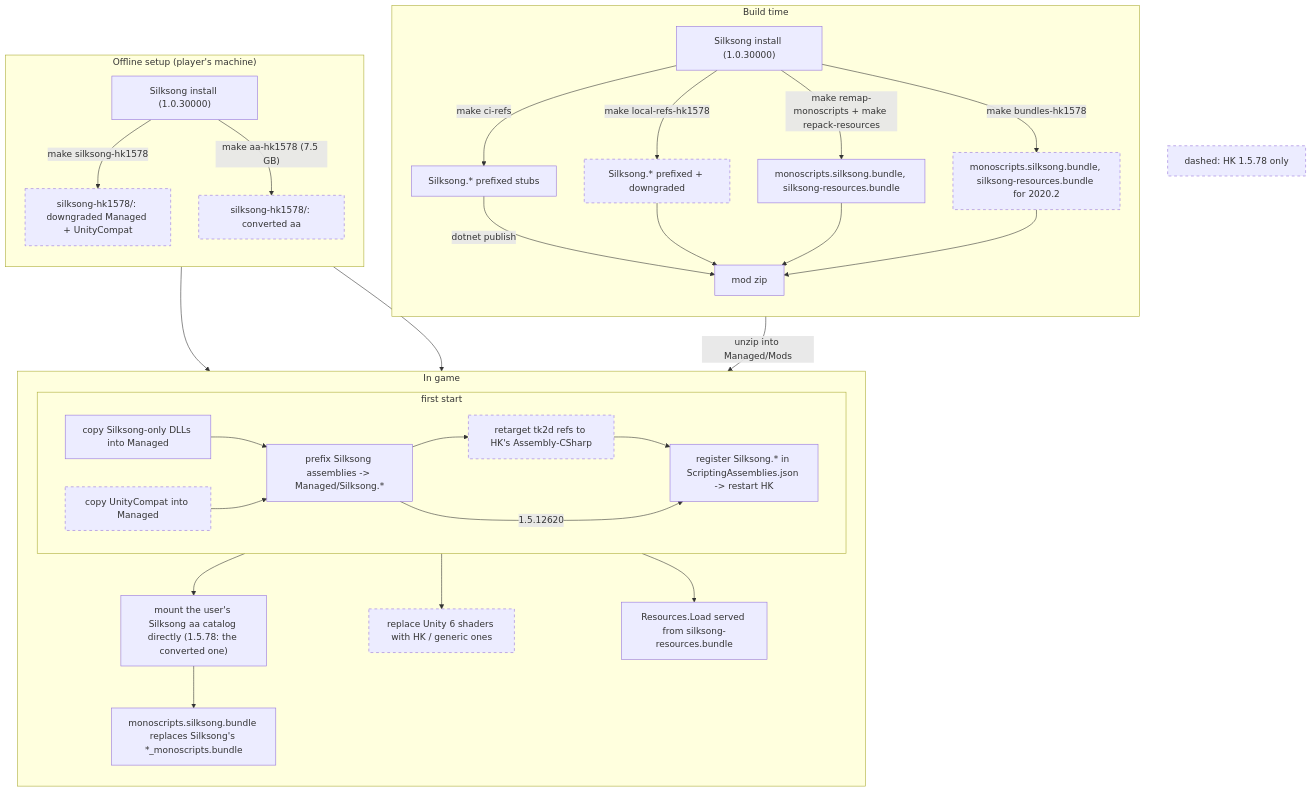
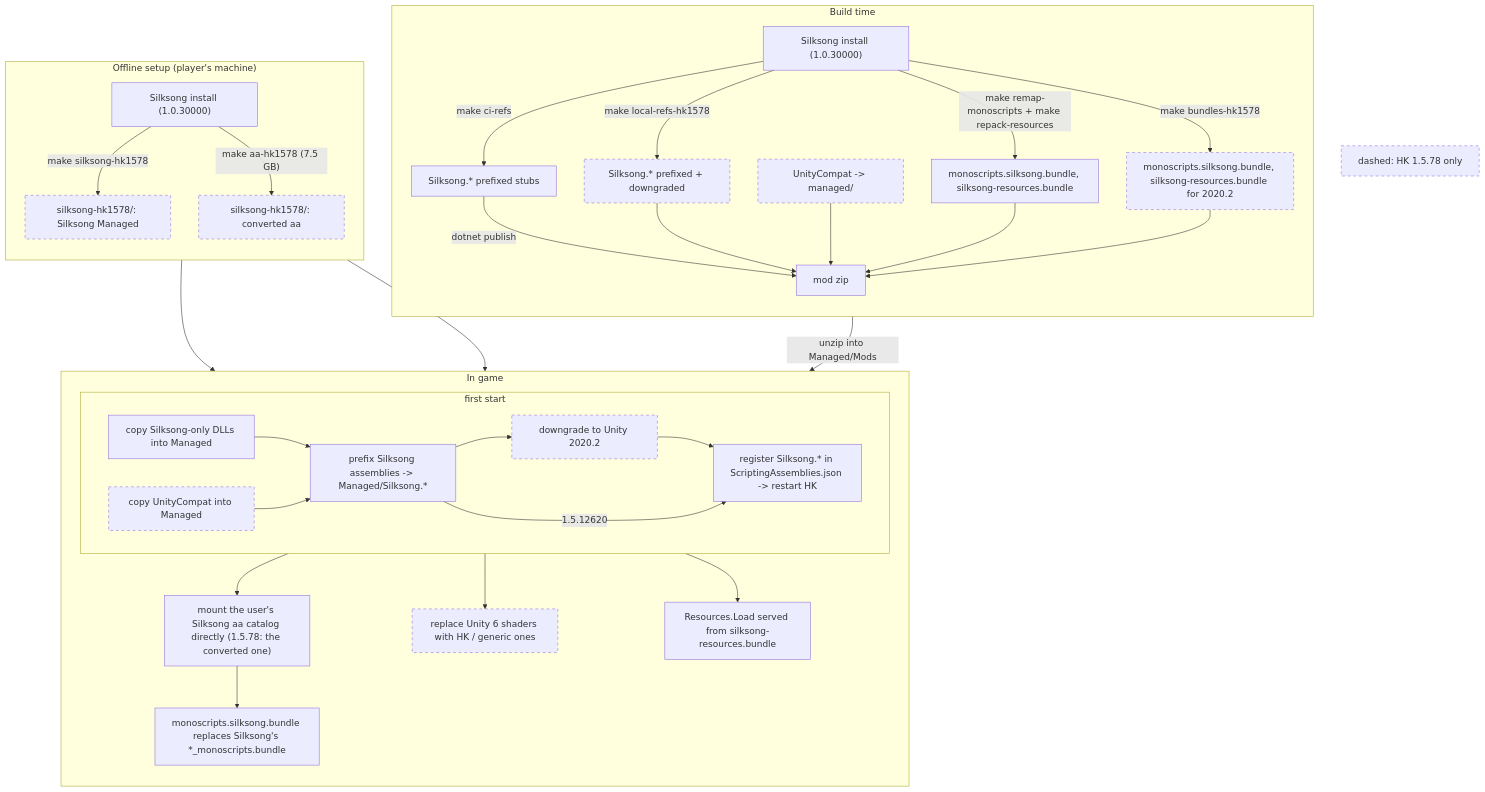
One commit to jakobhellermann/hkmod-HornetInHallownest changed the diagram in docs/asset-pipeline.mmd. Above: the diagram before and after it, drawn with Mermaid. The commit also changed 18 other files, not shown here.

Commit message:
Downgrade Silksong assemblies in game instead of offline

```diff
--- a/docs/asset-pipeline.mmd
+++ b/docs/asset-pipeline.mmd
@@ -1,41 +1,42 @@
 flowchart TB
     subgraph Dev["Build time"]
         direction TB
         B1["Silksong install (1.0.30000)"] -->|"make ci-refs"| B2b["Silksong.* prefixed stubs"]
         B1 -->|"make local-refs-hk1578"| B2h["Silksong.* prefixed + downgraded"]:::hk1578
         B1 -->|"make remap-monoscripts + make repack-resources"| B2c["monoscripts.silksong.bundle, silksong-resources.bundle"]
         B1 -->|"make bundles-hk1578"| B2ch["monoscripts.silksong.bundle, silksong-resources.bundle for 2020.2"]:::hk1578
         B2b -->|"dotnet publish"| B3["mod zip"]
         B2h --> B3
+        B2s["UnityCompat -> managed/"]:::hk1578 --> B3
         B2c --> B3
         B2ch --> B3
     end
     subgraph Setup["Offline setup (player's machine)"]
         direction TB
-        S1["Silksong install (1.0.30000)"] -->|"make silksong-hk1578"| S2["silksong-hk1578/: downgraded Managed + UnityCompat"]:::hk1578
+        S1["Silksong install (1.0.30000)"] -->|"make silksong-hk1578"| S2["silksong-hk1578/: Silksong Managed"]:::hk1578
         S1 -->|"make aa-hk1578 (7.5 GB)"| S3["silksong-hk1578/: converted aa"]:::hk1578
     end
     subgraph RT["In game"]
         direction TB
         subgraph First["first start"]
             R5["copy Silksong-only DLLs into Managed"] --> R6["prefix Silksong assemblies -> Managed/Silksong.*"]
             R5b["copy UnityCompat into Managed"]:::hk1578 --> R6
-            R6 --> R6b["retarget tk2d refs to HK's Assembly-CSharp"]:::hk1578
+            R6 --> R6b["downgrade to Unity 2020.2"]:::hk1578
             R6b --> R7["register Silksong.* in ScriptingAssemblies.json -> restart HK"]
             R6 -->|"1.5.12620"| R7
         end
         R8["mount the user's Silksong aa catalog directly (1.5.78: the converted one)"]
         R9["monoscripts.silksong.bundle replaces Silksong's *_monoscripts.bundle"]
         R10["Resources.Load served from silksong-resources.bundle"]
         R11["replace Unity 6 shaders with HK / generic ones"]:::hk1578
         First --> R8
         R8 --> R9
         First --> R11
         First --> R10
     end
     B3 -->|"unzip into Managed/Mods"| RT
     S2 --> First
     S3 --> R8
     L["dashed: HK 1.5.78 only"]:::hk1578
 
     classDef hk1578 stroke-dasharray: 5 5
```
